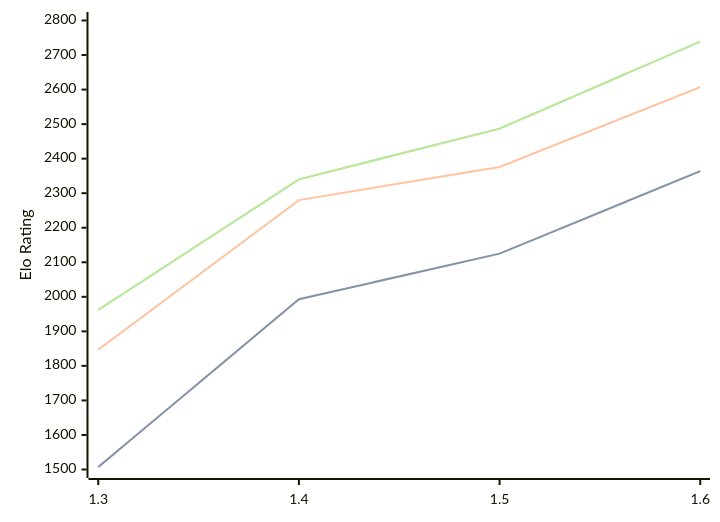
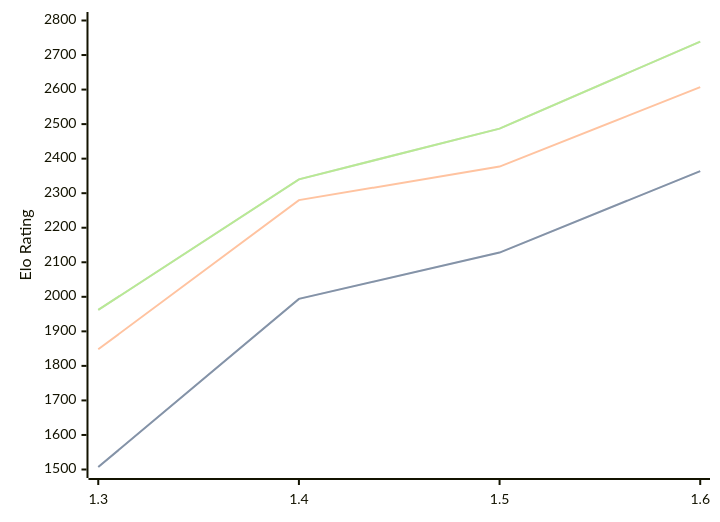
The diagram in engines/Facon.md (computer-chess-index/cci), drawn with Mermaid before and after one commit. The commit also changed other lines of this file, not shown here.

````diff
--- a/engines/Facon.md
+++ b/engines/Facon.md
@@ -35,11 +35,11 @@
 ```mermaid
 %%{init: {"theme":"base","themeVariables":{"seriesColors:['#a3a3a3','#222221','#faa371']}}}%%
 xychart-beta
   x-axis ["1.3", "1.4", "1.5", "1.6"]
   y-axis "Elo Rating" 1500 --> 2800
-  line "STC (8.0+0.08s)" [1507, 1993, 2125, 2364]
-  line "STC (8.0+0.08s)" [1507, 1993, 2125, 2364]
-  line "LTC (60.0+0.60s)" [1847, 2280, 2376, 2607]
+  line "STC (8.0+0.08s)" [1507, 1994, 2128, 2364]
+  line "STC (8.0+0.08s)" [1507, 1994, 2128, 2364]
+  line "LTC (60.0+0.60s)" [1848, 2280, 2377, 2607]
   line "VLTC (2m24s+1.12s)" [1962, 2340, 2487, 2739]
   line "VLTC (2m24s+1.12s)" [1962, 2340, 2487, 2739]
 ```
````
